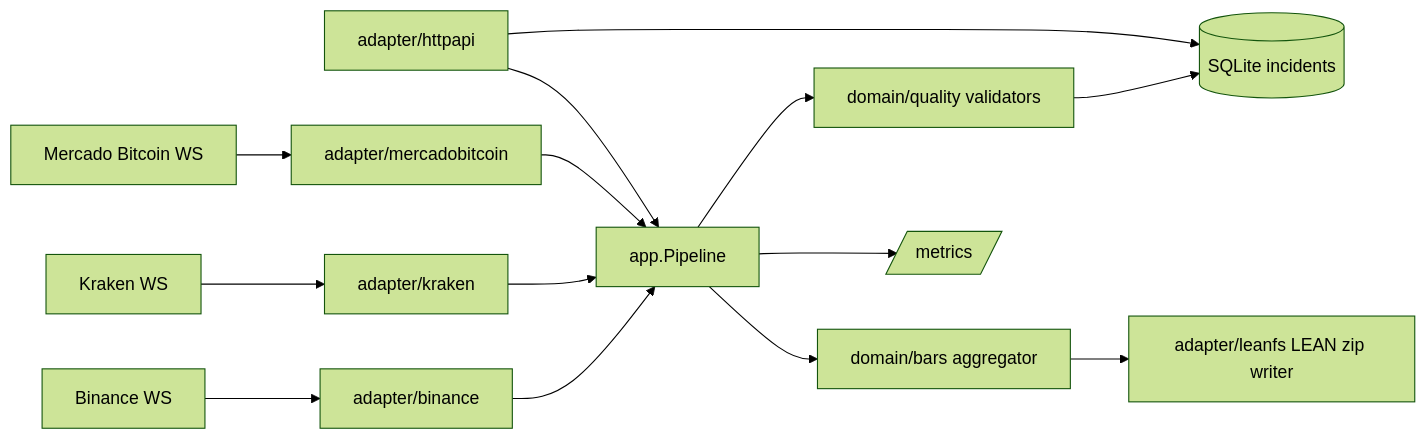
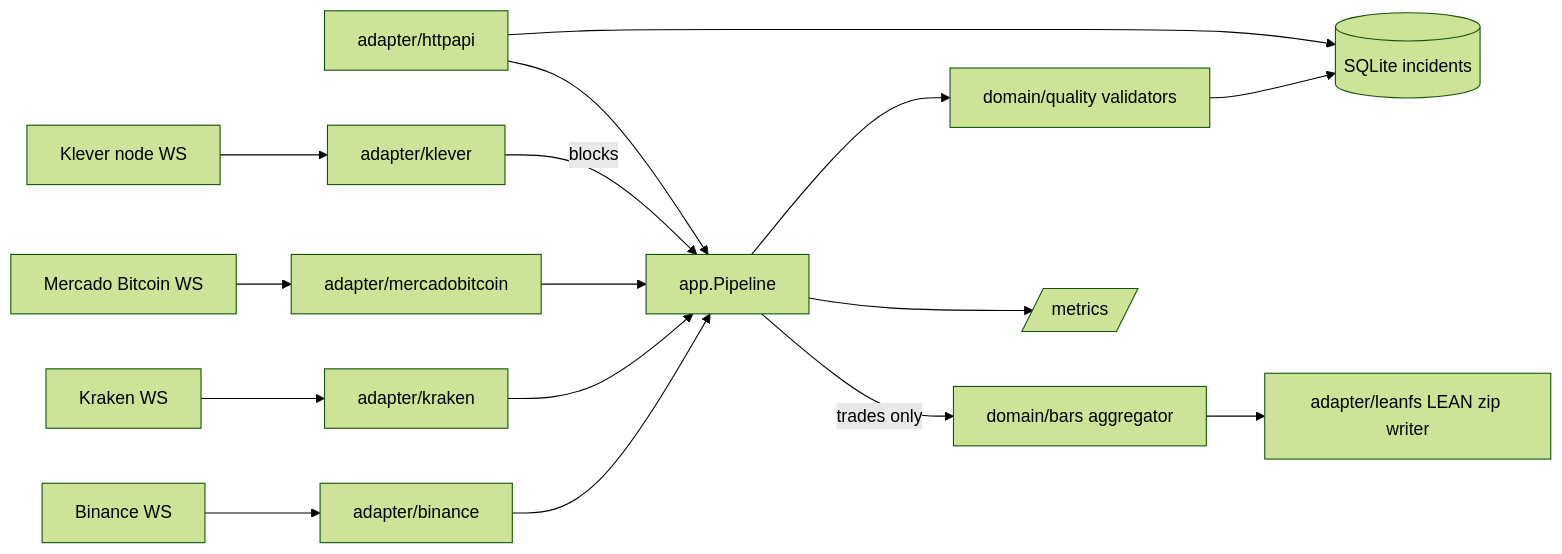
The diagram in docs/ARCHITECTURE.md (Amadeus-22/tekel), drawn with Mermaid (forest theme) before and after one commit. The commit also changed other lines of this file and 3 other files, not shown here.

Commit message:
docs: KleverChain block feed (ADR 0007, README, architecture)

````diff
--- a/docs/ARCHITECTURE.md
+++ b/docs/ARCHITECTURE.md
@@ -49,16 +53,18 @@
 ```mermaid
 flowchart LR
   B[Binance WS] --> CB[adapter/binance]
   K[Kraken WS] --> CK[adapter/kraken]
   MB[Mercado Bitcoin WS] --> CM[adapter/mercadobitcoin]
+  KN[Klever node WS] --> CKL[adapter/klever]
   CB --> P[app.Pipeline]
   CK --> P
   CM --> P
+  CKL -- blocks --> P
   P --> V[domain/quality validators]
   V --> I[(SQLite incidents)]
-  P --> A[domain/bars aggregator]
+  P -- trades only --> A[domain/bars aggregator]
   A --> L[adapter/leanfs LEAN zip writer]
   P --> M[/metrics/]
   H[adapter/httpapi] --> I
   H --> P
 ```
````
